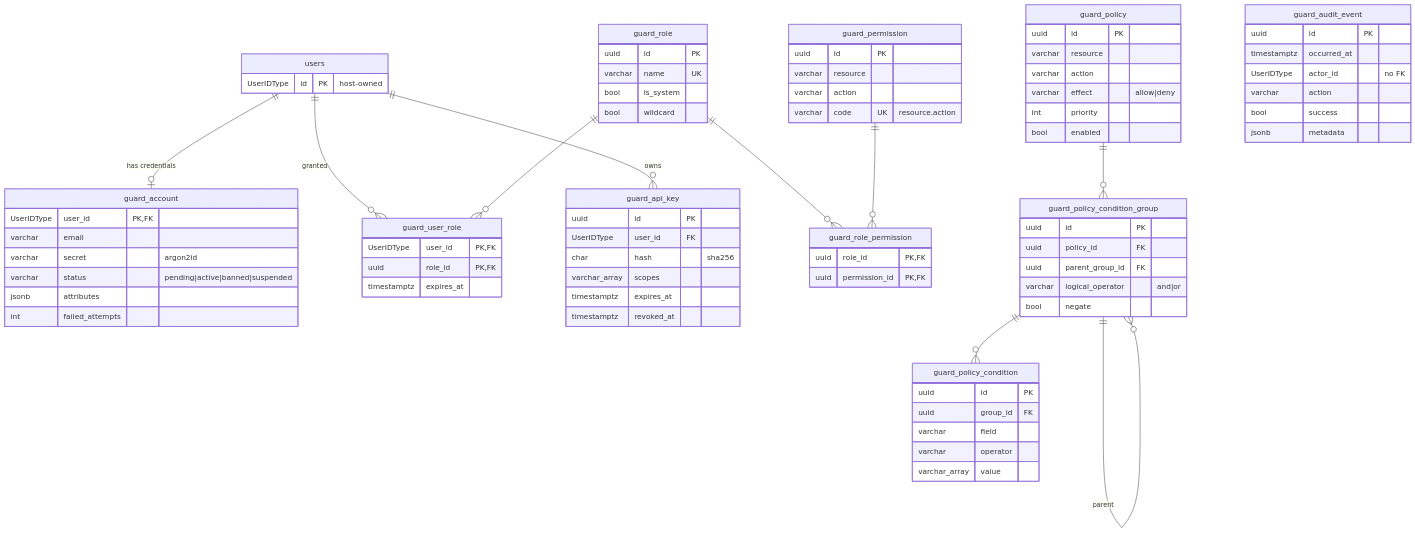
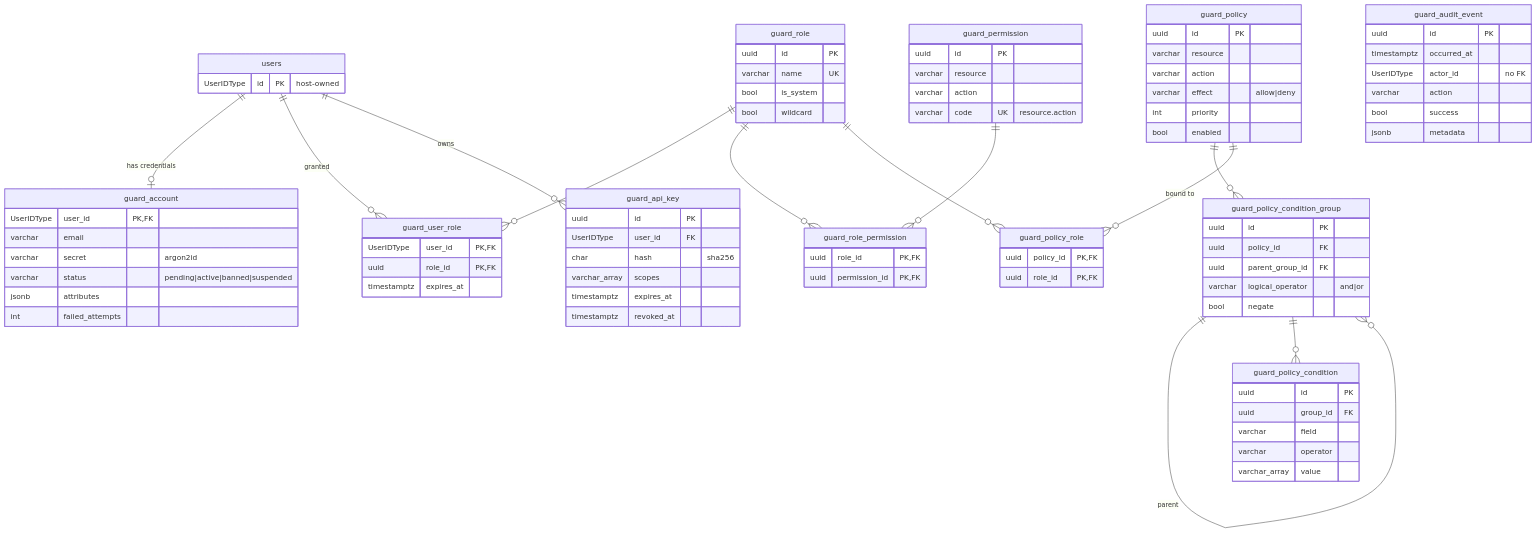
One commit to bakhod1r/guard changed the third of 3 diagrams in docs/architecture.md. Above: the diagram before and after it, drawn with Mermaid. The commit also changed other lines of this file and 25 other files, not shown here.

````diff
--- a/docs/architecture.md
+++ b/docs/architecture.md
@@ -87,61 +88,65 @@
 ```mermaid
 erDiagram
   users ||--o| guard_account : "has credentials"
   users ||--o{ guard_user_role : "granted"
   users ||--o{ guard_api_key : owns
   guard_role ||--o{ guard_user_role : ""
   guard_role ||--o{ guard_role_permission : ""
   guard_permission ||--o{ guard_role_permission : ""
   guard_policy ||--o{ guard_policy_condition_group : ""
+  guard_policy ||--o{ guard_policy_role : "bound to"
+  guard_role ||--o{ guard_policy_role : ""
   guard_policy_condition_group ||--o{ guard_policy_condition_group : "parent"
   guard_policy_condition_group ||--o{ guard_policy_condition : ""
 
   users { UserIDType id PK "host-owned" }
   guard_account { UserIDType user_id PK,FK
     varchar email
     varchar secret "argon2id"
     varchar status "pending|active|banned|suspended"
     jsonb attributes
     int failed_attempts }
   guard_role { uuid id PK
     varchar name UK
     bool is_system
     bool wildcard }
   guard_permission { uuid id PK
     varchar resource
     varchar action
     varchar code UK "resource.action" }
   guard_user_role { UserIDType user_id PK,FK
     uuid role_id PK,FK
     timestamptz expires_at }
   guard_role_permission { uuid role_id PK,FK
     uuid permission_id PK,FK }
   guard_policy { uuid id PK
     varchar resource
     varchar action
     varchar effect "allow|deny"
     int priority
     bool enabled }
+  guard_policy_role { uuid policy_id PK,FK
+    uuid role_id PK,FK }
   guard_policy_condition_group { uuid id PK
     uuid policy_id FK
     uuid parent_group_id FK
     varchar logical_operator "and|or"
     bool negate }
   guard_policy_condition { uuid id PK
     uuid group_id FK
     varchar field
     varchar operator
     varchar_array value }
   guard_api_key { uuid id PK
     UserIDType user_id FK
     char hash "sha256"
     varchar_array scopes
     timestamptz expires_at
     timestamptz revoked_at }
   guard_audit_event { uuid id PK
     timestamptz occurred_at
     UserIDType actor_id "no FK"
     varchar action
     bool success
     jsonb metadata }
 ```
````
